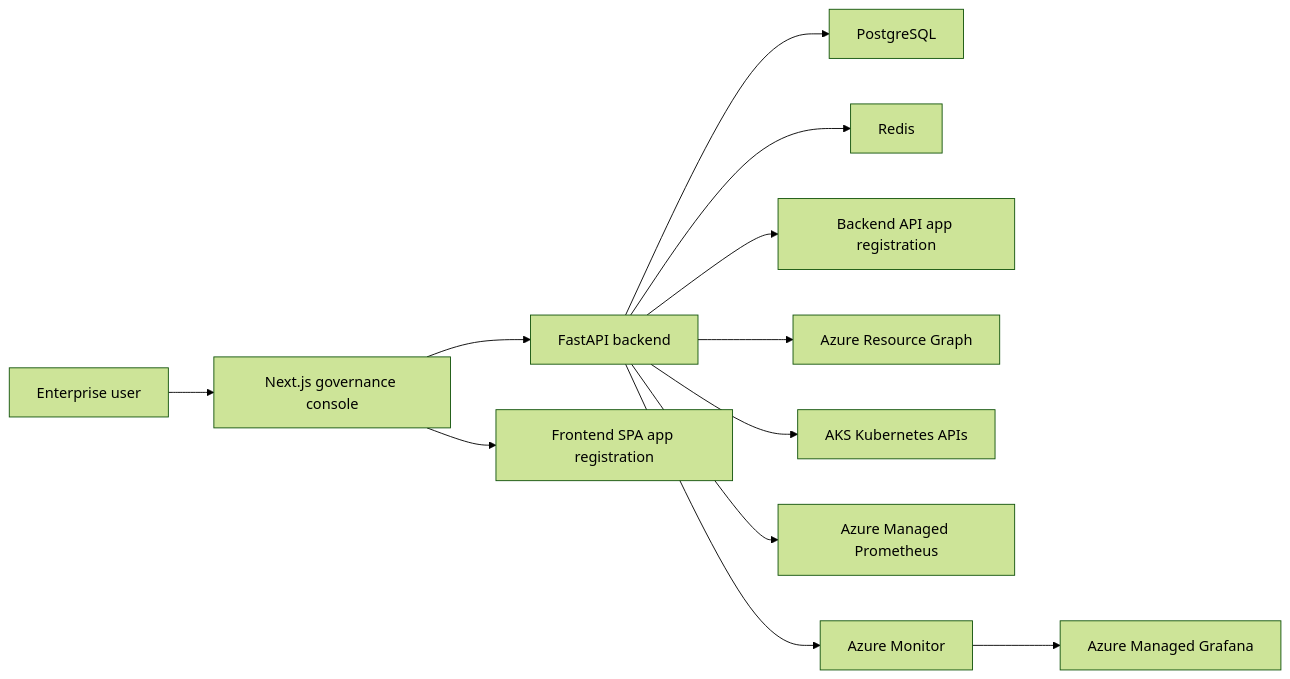
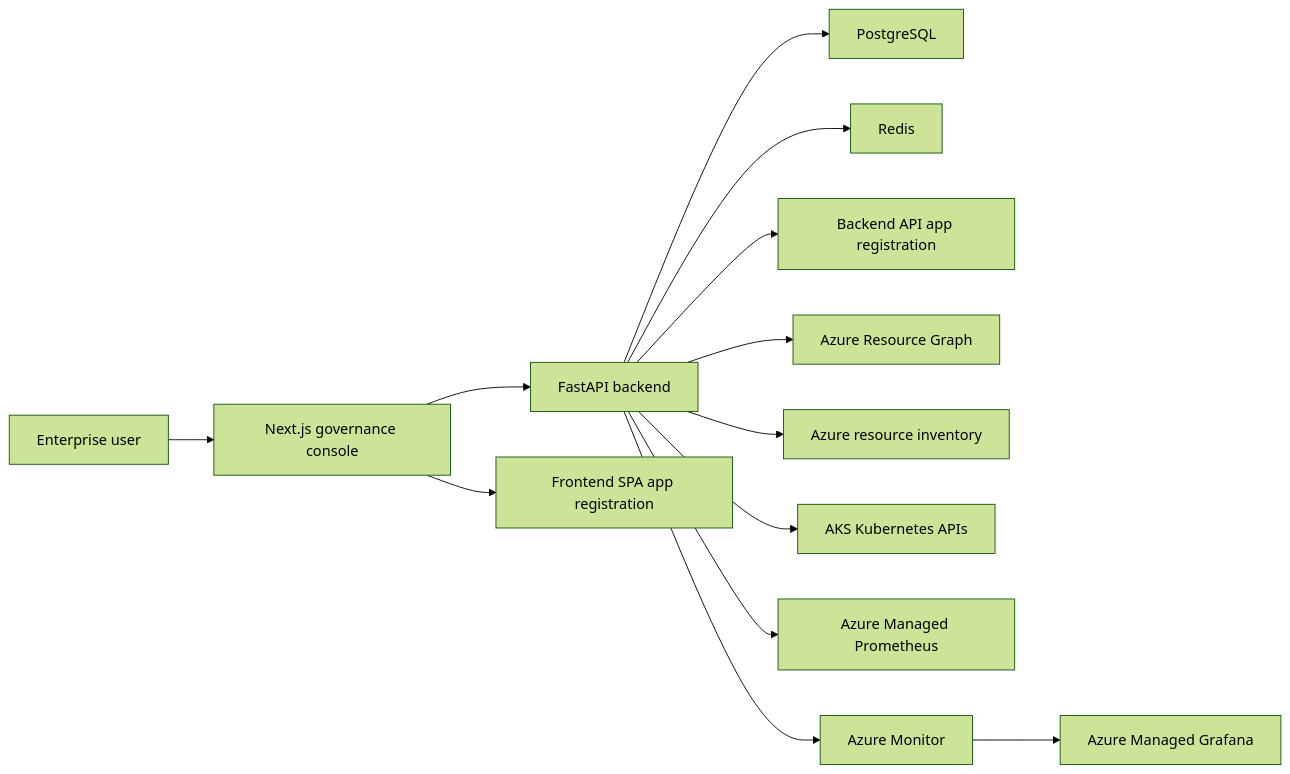
Before and after one commit to Elzabeth-L/Sentinel: the first of 2 diagrams in docs/architecture.md, drawn with Mermaid (forest theme). The commit also changed other lines of this file and 16 other files, not shown here.

````diff
--- a/docs/architecture.md
+++ b/docs/architecture.md
@@ -9,14 +9,15 @@
 ```mermaid
 flowchart LR
   User["Enterprise user"] --> Frontend["Next.js governance console"]
   Frontend --> API["FastAPI backend"]
   API --> Postgres["PostgreSQL"]
   API --> Redis["Redis"]
   Frontend --> EntraFrontend["Frontend SPA app registration"]
   API --> EntraBackend["Backend API app registration"]
   API --> ARG["Azure Resource Graph"]
+  API --> AzureResources["Azure resource inventory"]
   API --> AKS["AKS Kubernetes APIs"]
   API --> Prom["Azure Managed Prometheus"]
   API --> Monitor["Azure Monitor"]
   Monitor --> Grafana["Azure Managed Grafana"]
 ```
````
